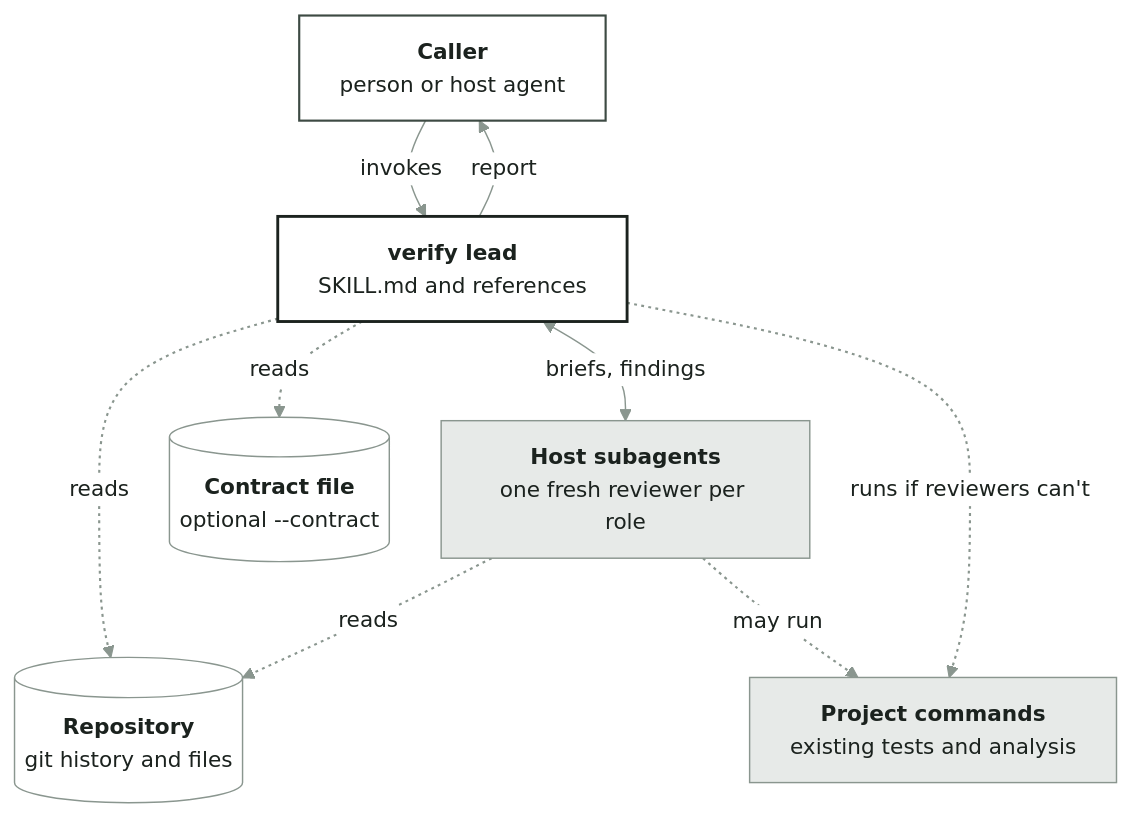
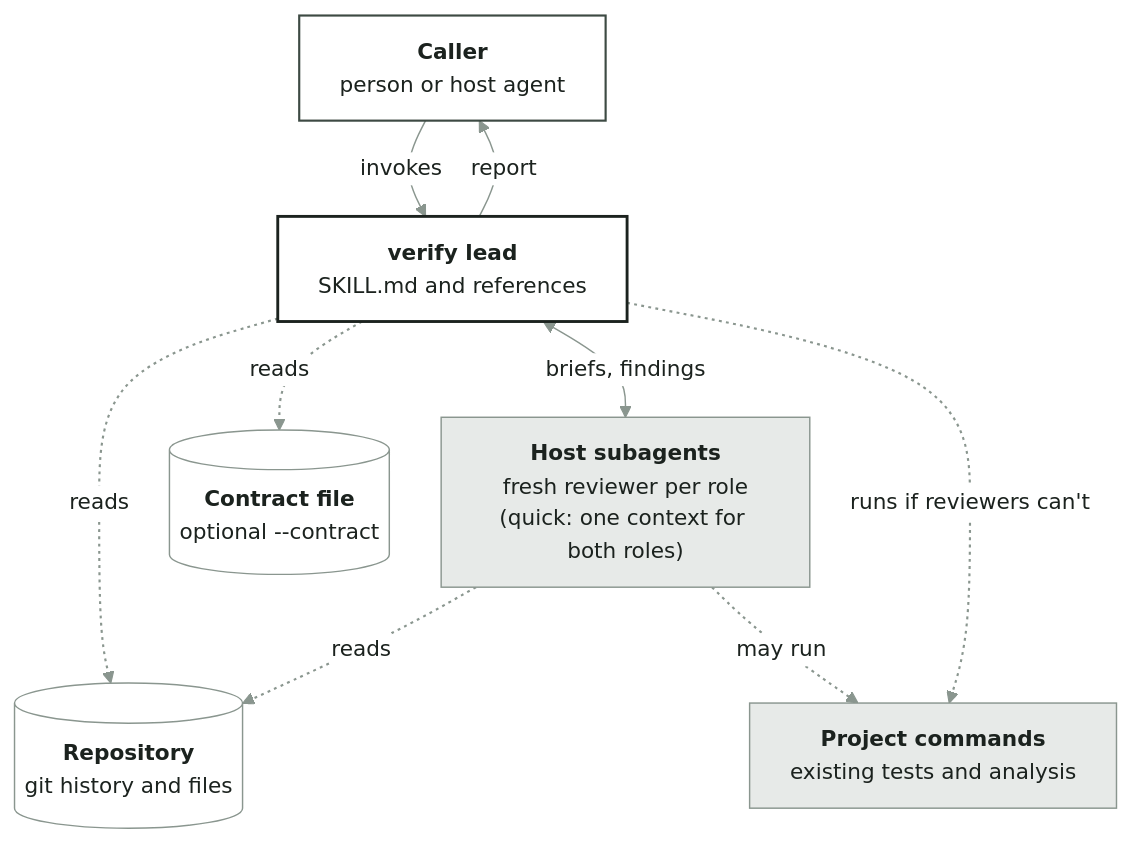
One commit to Gamebreack/agent-verification changed the second of 3 diagrams in flow-map.md. Above: the diagram before and after it, drawn with Mermaid. The commit also changed other lines of this file and 3 other files, not shown here.

First line of the commit message:
release: fix pre-release findings (flow map accuracy, changelog entries, eval docs)

````diff
--- a/flow-map.md
+++ b/flow-map.md
@@ -98,34 +104,34 @@
 ```mermaid
 %%{init: {"theme":"base","themeVariables":{"fontFamily":"system-ui, -apple-system, Segoe UI, sans-serif","fontSize":"15px","primaryTextColor":"#1b221e","lineColor":"#8a968f","edgeLabelBackground":"#ffffff"},"flowchart":{"curve":"basis","nodeSpacing":36,"rankSpacing":44,"padding":14,"htmlLabels":true}}}%%
 flowchart TD
     USER["<b>Caller</b><br/>person or host agent"]
     LEAD["<b>verify lead</b><br/>SKILL.md and references"]
-    REV["<b>Host subagents</b><br/>one fresh reviewer per role"]
+    REV["<b>Host subagents</b><br/>fresh reviewer per role<br/>(quick: one context for both roles)"]
     REPO[("<b>Repository</b><br/>git history and files")]
     CON[("<b>Contract file</b><br/>optional --contract")]
     CMD["<b>Project commands</b><br/>existing tests and analysis"]
 
     USER -->|"invokes"| LEAD
     LEAD -->|"report"| USER
     %% 2: optional
     LEAD -.->|"reads"| REPO
     %% 3: optional
     LEAD -.->|"reads"| CON
     LEAD <-->|"briefs, findings"| REV
     %% 5: optional
     REV -.->|"reads"| REPO
     %% 6: optional
     LEAD -.->|"runs if reviewers can't"| CMD
     %% 7: optional
     REV -.->|"may run"| CMD
 
     classDef ext fill:#e7eae8,stroke:#8a968f,color:#1b221e
     classDef front fill:#ffffff,stroke:#3d4a43,color:#1b221e,stroke-width:1.5px
     classDef ours fill:#ffffff,stroke:#1b221e,color:#1b221e,stroke-width:2px
     classDef db fill:#ffffff,stroke:#8a968f,color:#1b221e
     class REV,CMD ext
     class USER front
     class LEAD ours
     class REPO,CON db
     linkStyle 2,3,5,6,7 stroke:#8a968f,stroke-width:1.5px,stroke-dasharray:2 3
 ```
````
